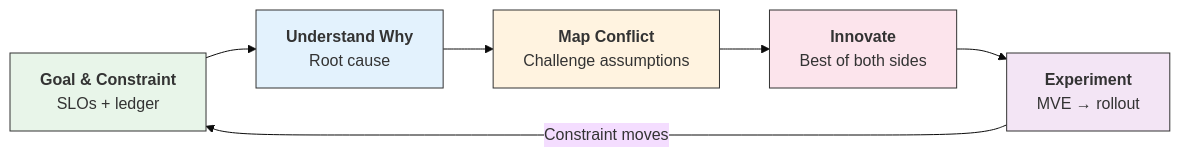
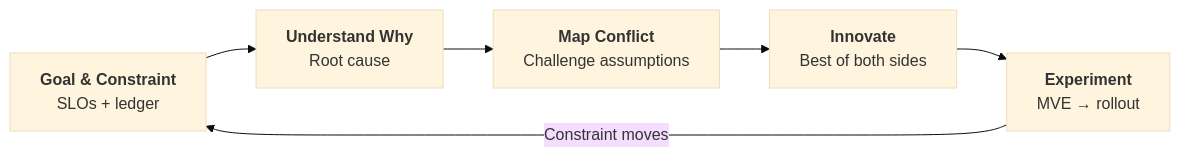
One commit to ImadDabbura/imaddabbura.github.io changed the diagram in posts/mlsys/improving-mlsys-theory-of-constraint.qmd. Above: the diagram before and after it, drawn with Mermaid (base theme). The commit also changed other lines of this file and 19 other files, not shown here.

````diff
--- a/posts/mlsys/improving-mlsys-theory-of-constraint.qmd
+++ b/posts/mlsys/improving-mlsys-theory-of-constraint.qmd
@@ -366,15 +351,10 @@
 ```{mermaid}
 %%| fig-cap: "The Theory of Constraints is a cycle, not a line"
 flowchart LR
     A["<b>Goal & Constraint</b><br/>SLOs + ledger"] --> B["<b>Understand Why</b><br/>Root cause"]
     B --> C["<b>Map Conflict</b><br/>Challenge assumptions"]
     C --> D["<b>Innovate</b><br/>Best of both sides"]
     D --> E["<b>Experiment</b><br/>MVE → rollout"]
     E --> |"Constraint moves"| A
 
-    style A fill:#e8f5e9,stroke:#333
-    style B fill:#e3f2fd,stroke:#333
-    style C fill:#fff3e0,stroke:#333
-    style D fill:#fce4ec,stroke:#333
-    style E fill:#f3e5f5,stroke:#333
 ```
````
